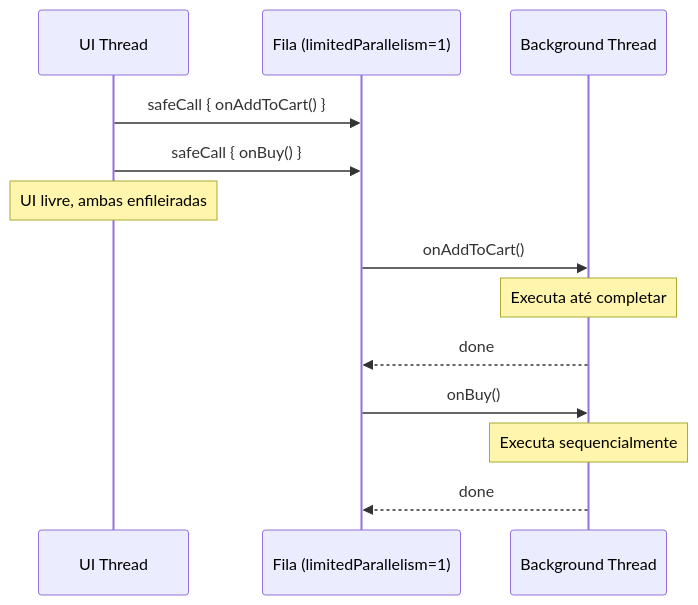
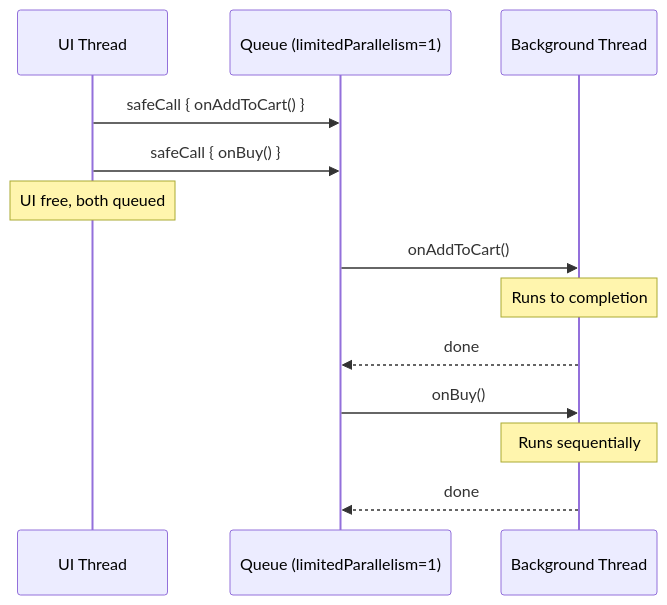
One commit to mrcdom/wdc-cube-kotlin changed the third of 9 diagrams in docs/architecture-cube-compose.md. Above: the diagram before and after it, drawn with Mermaid. The commit also changed other lines of this file and 10 other files, not shown here.

First line of the commit message:
docs: architecture docs and top-level READMEs in US English

````diff
--- a/docs/architecture-cube-compose.md
+++ b/docs/architecture-cube-compose.md
@@ -137,18 +137,18 @@
 ```mermaid
 sequenceDiagram
     participant UI as UI Thread
-    participant Q as Fila (limitedParallelism=1)
+    participant Q as Queue (limitedParallelism=1)
     participant BG as Background Thread
 
     UI->>Q: safeCall { onAddToCart() }
     UI->>Q: safeCall { onBuy() }
-    Note over UI: UI livre, ambas enfileiradas
+    Note over UI: UI free, both queued
 
     Q->>BG: onAddToCart()
-    Note over BG: Executa até completar
+    Note over BG: Runs to completion
     BG-->>Q: done
 
     Q->>BG: onBuy()
-    Note over BG: Executa sequencialmente
+    Note over BG: Runs sequentially
     BG-->>Q: done
 ```
````
